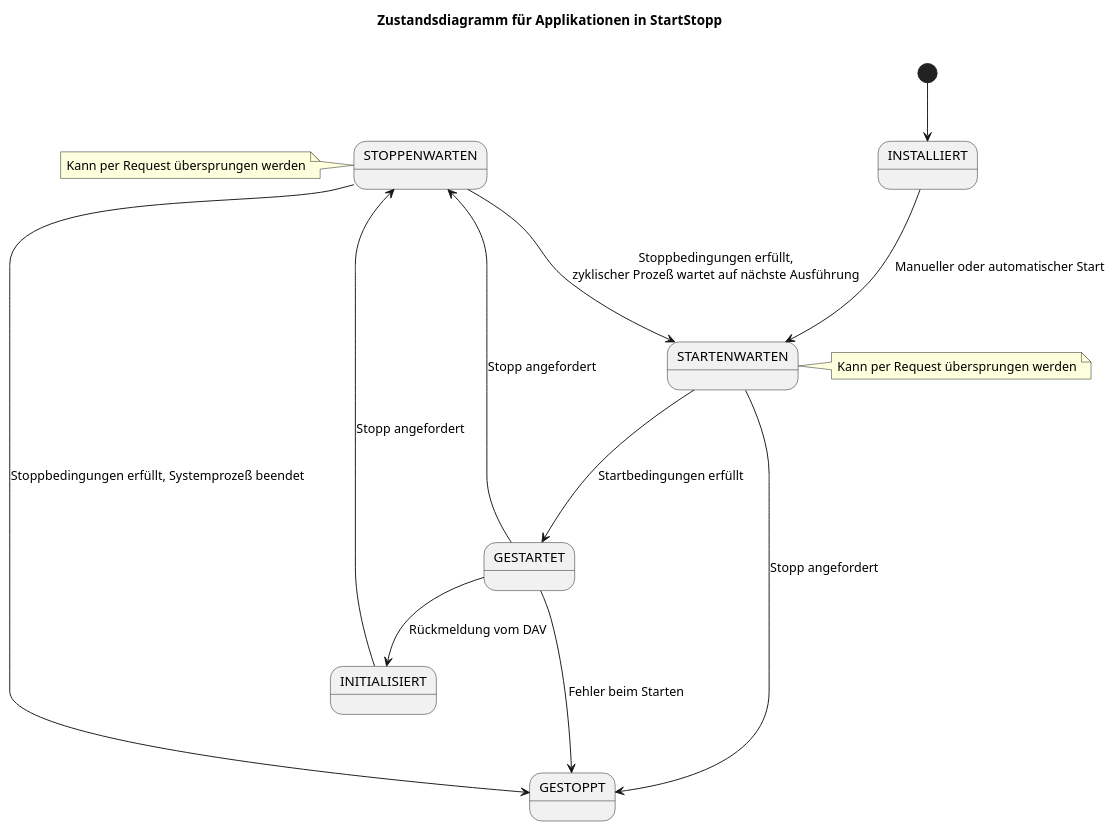
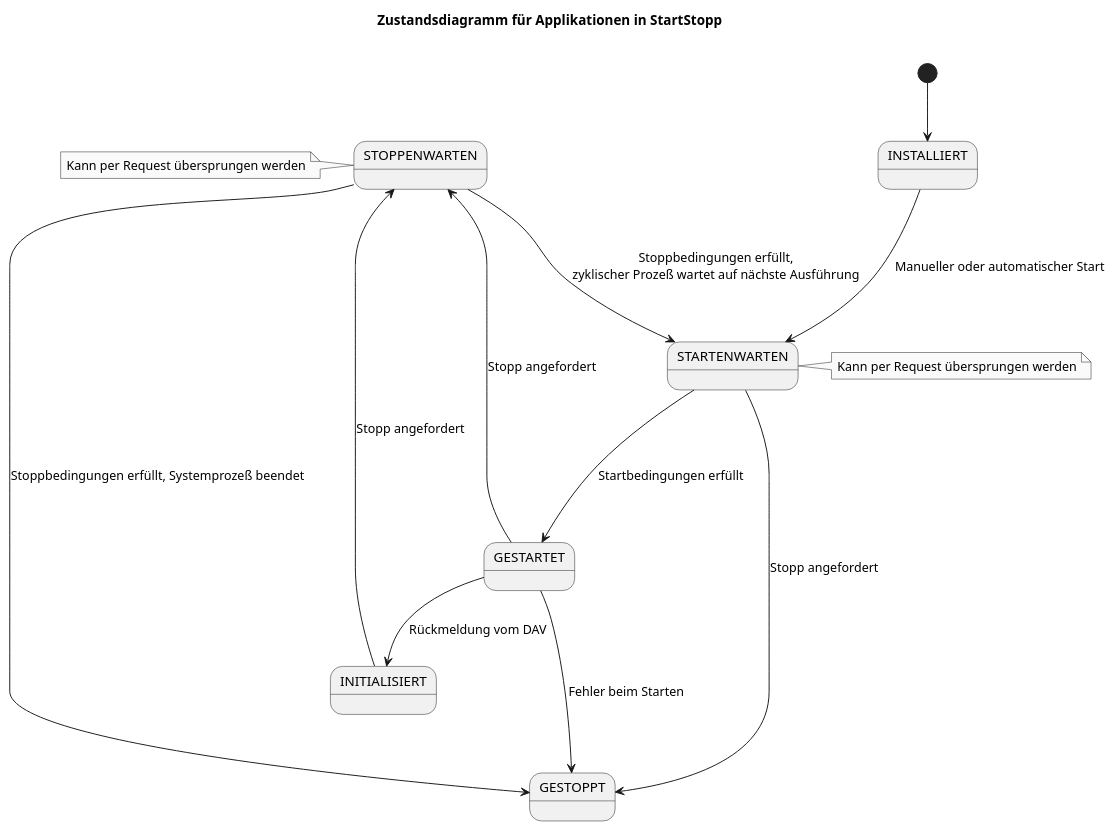
One commit to bitctrl/de.bsvrz.sys.startstopp changed the diagram in src/main/asciidoc/swent/processes.adoc. Above: the diagram before and after it, drawn with PlantUML. The commit also changed other lines of this file and 1 other file, not shown here.

```diff
--- a/src/main/asciidoc/swent/processes.adoc
+++ b/src/main/asciidoc/swent/processes.adoc
@@ -35,24 +35,28 @@
 [plantuml, "applikations_status"]
 ----
+
+skinparam componentstyle uml2
+skinparam monochrome true
+
 title Zustandsdiagramm für Applikationen in StartStopp \n
 
 [*] --> INSTALLIERT
 INSTALLIERT ---> STARTENWARTEN: Manueller oder automatischer Start
 STARTENWARTEN ---> GESTARTET: Startbedingungen erfüllt
 GESTARTET ---> GESTOPPT: Fehler beim Starten
 GESTARTET ---> STOPPENWARTEN: Stopp angefordert
 GESTARTET --> INITIALISIERT: Rückmeldung vom DAV
 STOPPENWARTEN  ---> GESTOPPT: Stoppbedingungen erfüllt, Systemprozeß beendet
 STOPPENWARTEN  ---> STARTENWARTEN: Stoppbedingungen erfüllt,\nzyklischer Prozeß wartet auf nächste Ausführung
 STARTENWARTEN ---> GESTOPPT: Stopp angefordert
 INITIALISIERT --> STOPPENWARTEN: Stopp angefordert
 
 note left of STOPPENWARTEN
     Kann per Request übersprungen werden
 end note
 
 note right of STARTENWARTEN
     Kann per Request übersprungen werden
 end note
 
 ----
```
